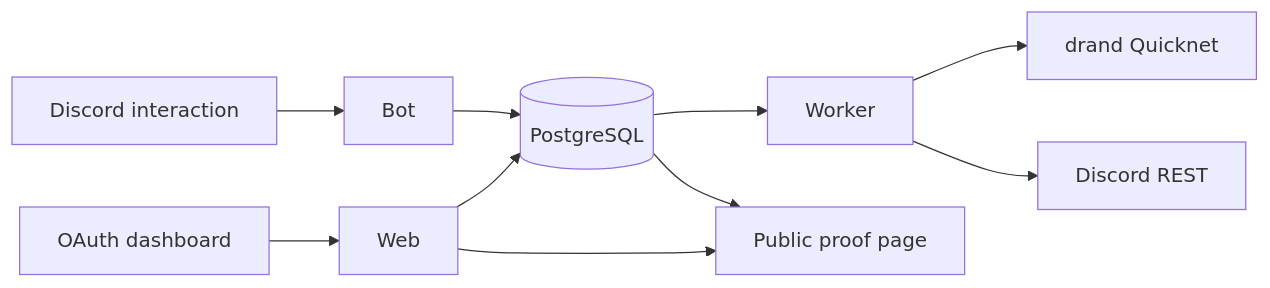
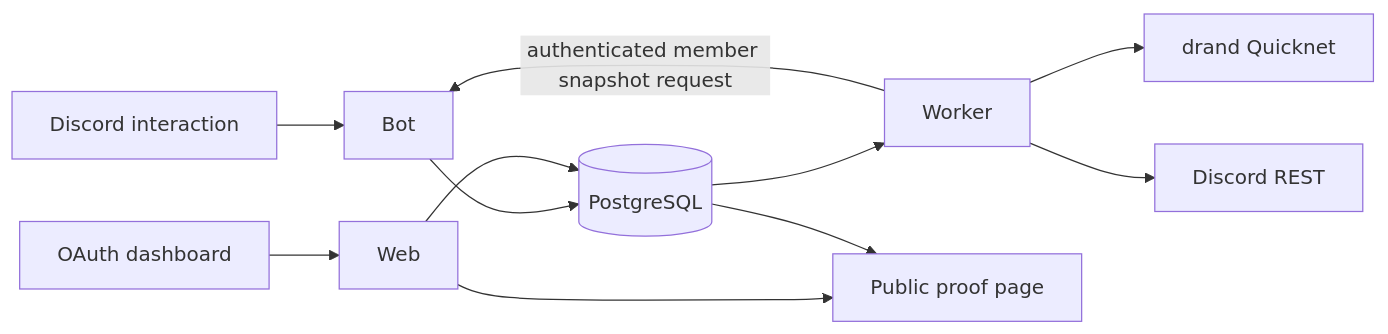
One commit to LeniLilac/giveaway-bot changed the diagram in docs/architecture.md. Above: the diagram before and after it, drawn with Mermaid. The commit also changed other lines of this file and 19 other files, not shown here.

````diff
--- a/docs/architecture.md
+++ b/docs/architecture.md
@@ -15,12 +15,13 @@
 ```mermaid
 flowchart LR
   Discord["Discord interaction"] --> Bot["Bot"]
   Dashboard["OAuth dashboard"] --> Web["Web"]
   Bot --> DB[("PostgreSQL")]
   Web --> DB
   DB --> Worker["Worker"]
+  Worker -->|"authenticated member snapshot request"| Bot
   Worker --> Drand["drand Quicknet"]
   Worker --> DiscordAPI["Discord REST"]
   Web --> Public["Public proof page"]
   DB --> Public
 ```
````
